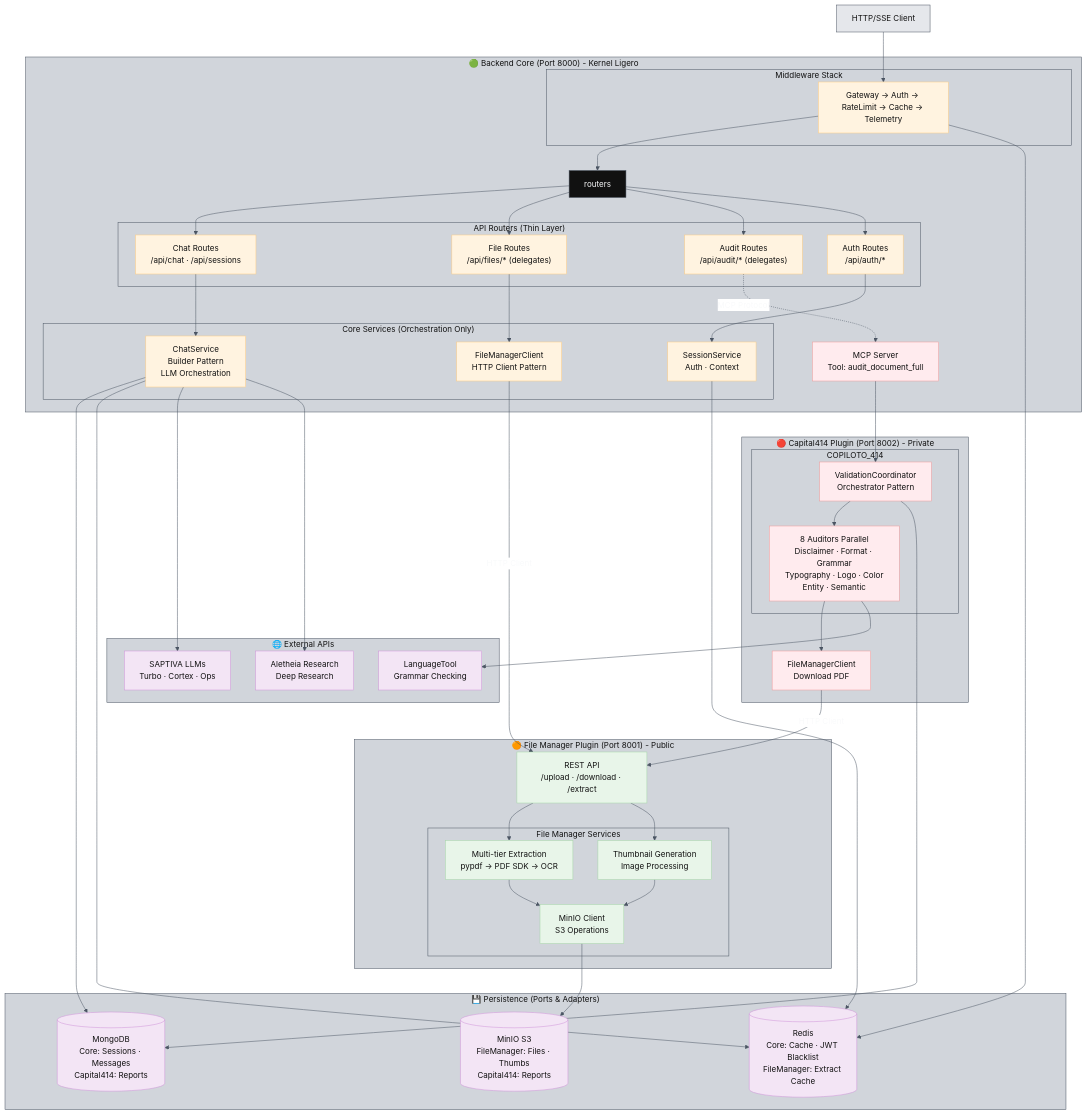
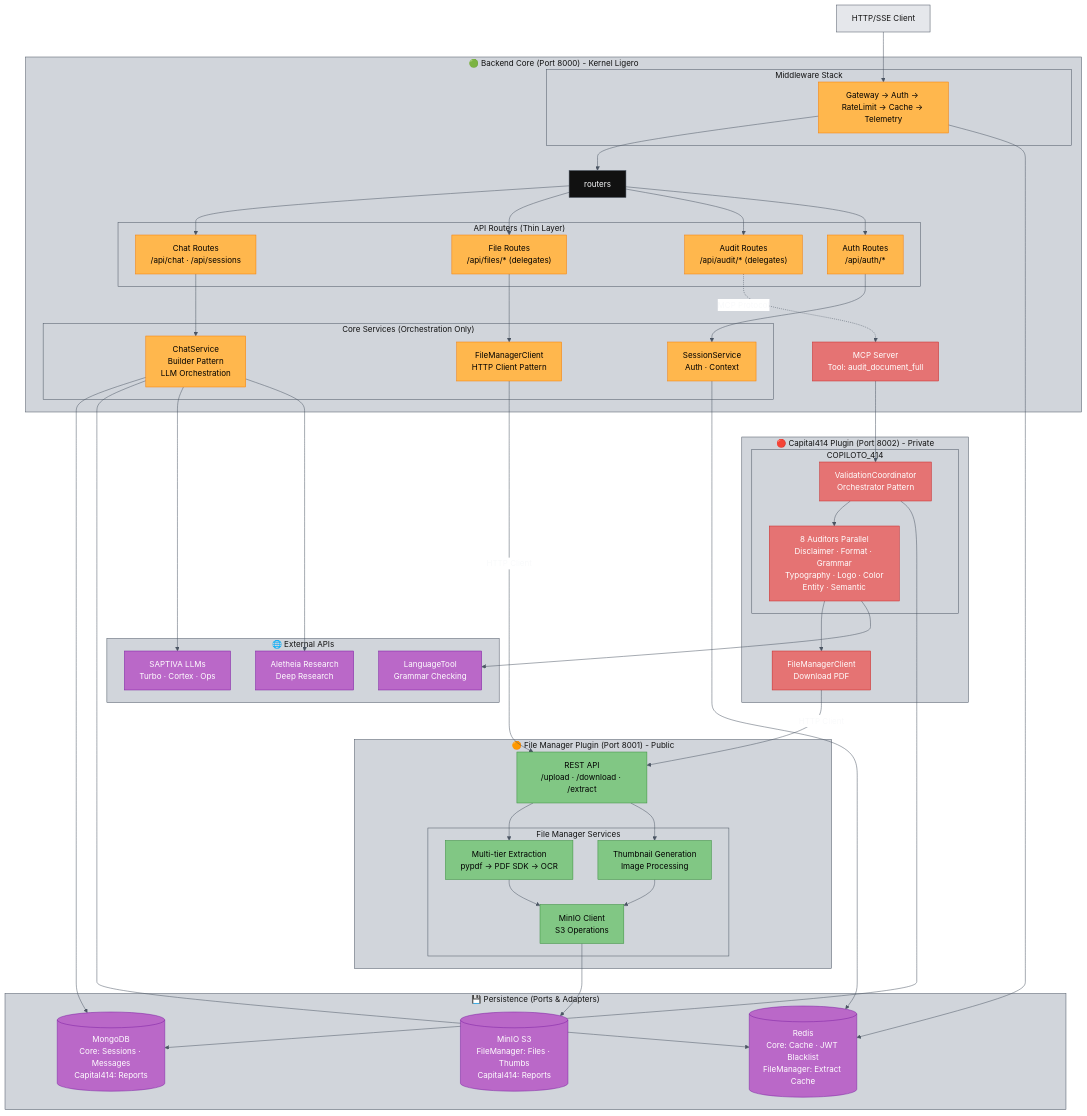
The sixth of 11 diagrams in README.md (saptiva-ai/octavios-chat), drawn with Mermaid before and after one commit. The commit also changed other lines of this file, not shown here.

First line of the commit message:
docs: improve Mermaid diagram colors for better visibility

````diff
--- a/README.md
+++ b/README.md
@@ -1008,10 +1008,10 @@
     chat_svc --> aletheia
     auditores --> languagetool
 
-    classDef core fill:#fff3e0,stroke:#ffcc80,color:#111111;
-    classDef plugin_public fill:#e8f5e9,stroke:#a5d6a7,color:#111111;
-    classDef plugin_private fill:#ffebee,stroke:#ef9a9a,color:#111111;
-    classDef external fill:#f3e5f5,stroke:#ce93d8,color:#111111;
-    classDef infra fill:#f3e5f5,stroke:#ce93d8,color:#111111;
+    classDef core fill:#ffb74d,stroke:#f57c00,color:#000000;
+    classDef plugin_public fill:#81c784,stroke:#388e3c,color:#000000;
+    classDef plugin_private fill:#e57373,stroke:#c62828,color:#ffffff;
+    classDef external fill:#ba68c8,stroke:#7b1fa2,color:#ffffff;
+    classDef infra fill:#ba68c8,stroke:#7b1fa2,color:#ffffff;
     classDef gray fill:#e5e7eb,stroke:#4b5563,color:#111111;
 ```
````
